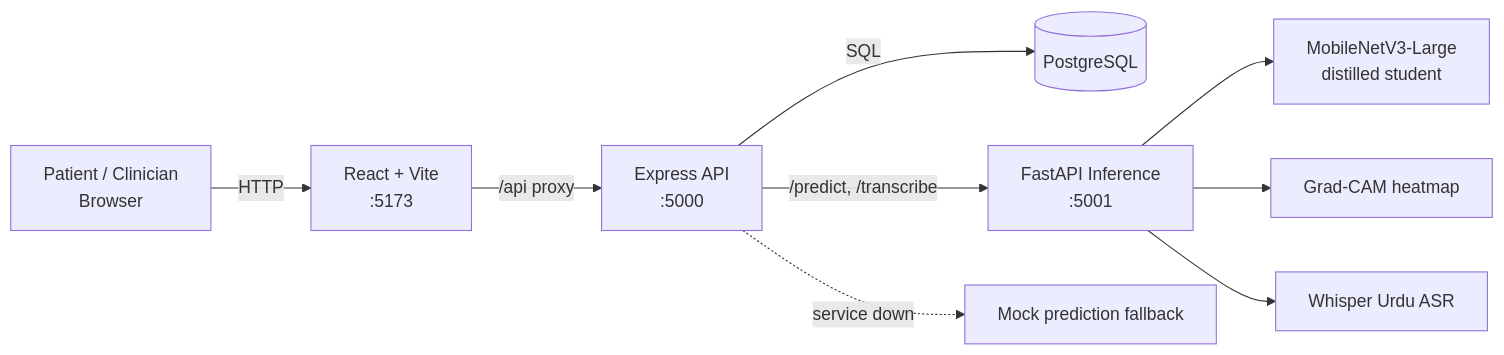
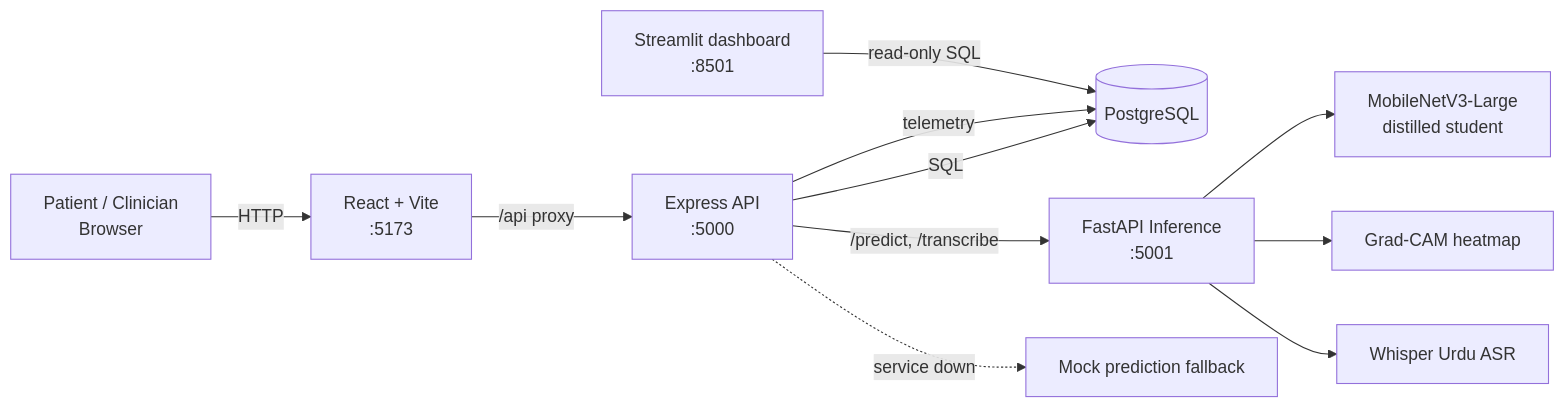
The first of 2 diagrams in README.md (m-ayan-asif/AI-Optimization-for-Low-Resource-Devices), drawn with Mermaid before and after one commit. The commit also changed other lines of this file and 1 other file, not shown here.

Commit message:
docs: document monitoring, dashboard and runtime validation

````diff
--- a/README.md
+++ b/README.md
@@ -13,11 +12,13 @@
 ```mermaid
 flowchart LR
     U[Patient / Clinician<br/>Browser] -->|HTTP| C[React + Vite<br/>:5173]
     C -->|/api proxy| S[Express API<br/>:5000]
     S -->|SQL| DB[(PostgreSQL)]
     S -->|/predict, /transcribe| I[FastAPI Inference<br/>:5001]
     I --> M[MobileNetV3-Large<br/>distilled student]
     I --> G[Grad-CAM heatmap]
     I --> W[Whisper Urdu ASR]
+    S -->|telemetry| DB
+    D[Streamlit dashboard<br/>:8501] -->|read-only SQL| DB
     S -.->|service down| F[Mock prediction fallback]
 ```
````
